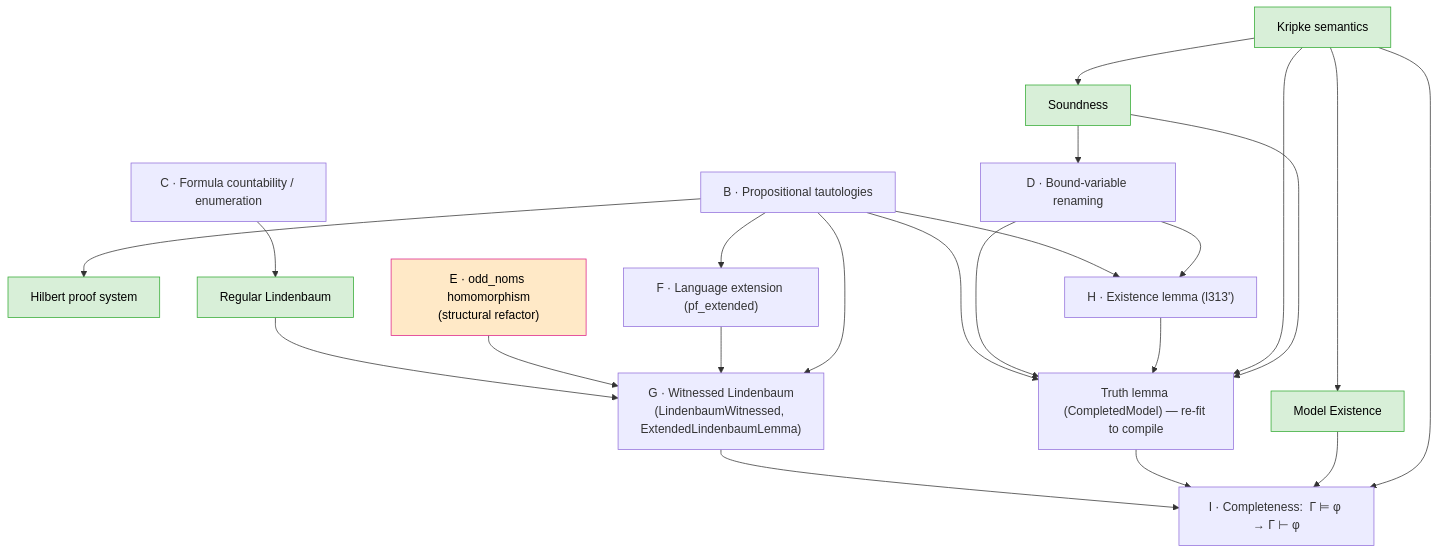
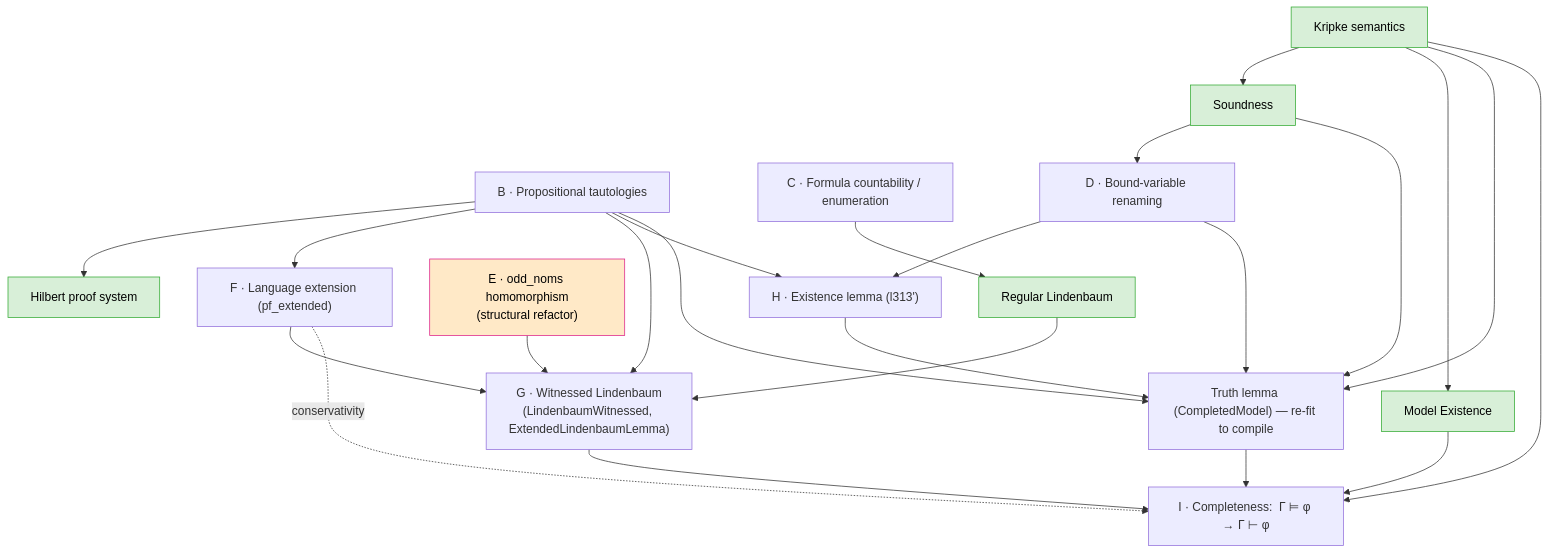
Before and after one commit to catskillsresearch/hybrid_logic_lean_revisited: the first of 5 diagrams in arxiv.md, drawn with Mermaid. The commit also changed other lines of this file and 1 other file, not shown here.

````diff
--- a/arxiv.md
+++ b/arxiv.md
@@ -175,43 +175,44 @@
 ```mermaid
 flowchart TD
     classDef done fill:#d8efd8,stroke:#3a3,color:#000;
     classDef crux fill:#ffe9c7,stroke:#d28,color:#000;
 
     SEM["Kripke semantics"]:::done
     PS["Hilbert proof system"]:::done
     SND["Soundness"]:::done
     RL["Regular Lindenbaum"]:::done
     ME["Model Existence"]:::done
 
     B["B · Propositional tautologies"]
     C["C · Formula countability / enumeration"]
     D["D · Bound-variable renaming"]
     E["E · odd_noms homomorphism<br/>(structural refactor)"]:::crux
     F["F · Language extension (pf_extended)"]
     G["G · Witnessed Lindenbaum<br/>(LindenbaumWitnessed, ExtendedLindenbaumLemma)"]
     TL["Truth lemma (CompletedModel) — re-fit to compile"]
     H["H · Existence lemma (l313')"]
     I["I · Completeness:  Γ ⊨ φ → Γ ⊢ φ"]
 
     B --> PS
     C --> RL
     RL --> G
     E --> G
     F --> G
     B --> F
     B --> G
     B --> H
     B --> TL
     D --> H
     D --> TL
     H --> TL
     G --> I
     TL --> I
     ME --> I
+    F -.->|"conservativity"| I
     SEM --> SND
     SEM --> ME
     SEM --> TL
     SEM --> I
     SND --> D
     SND --> TL
 ```
````
